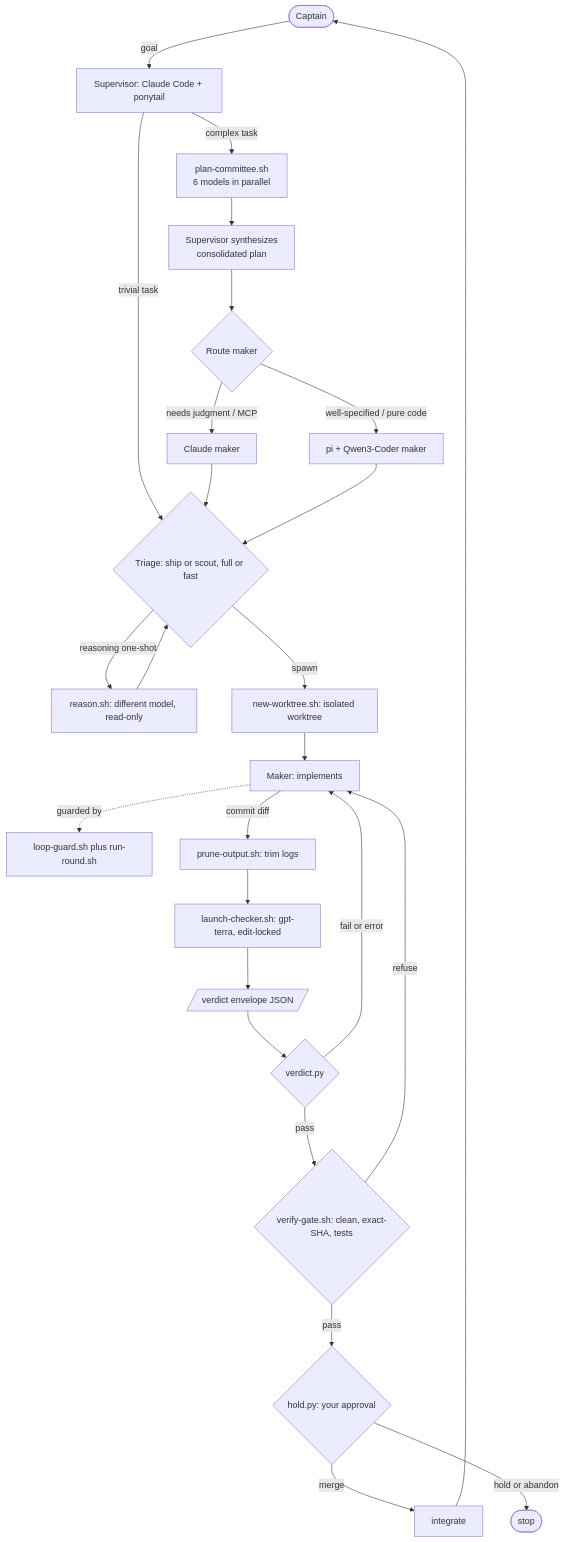
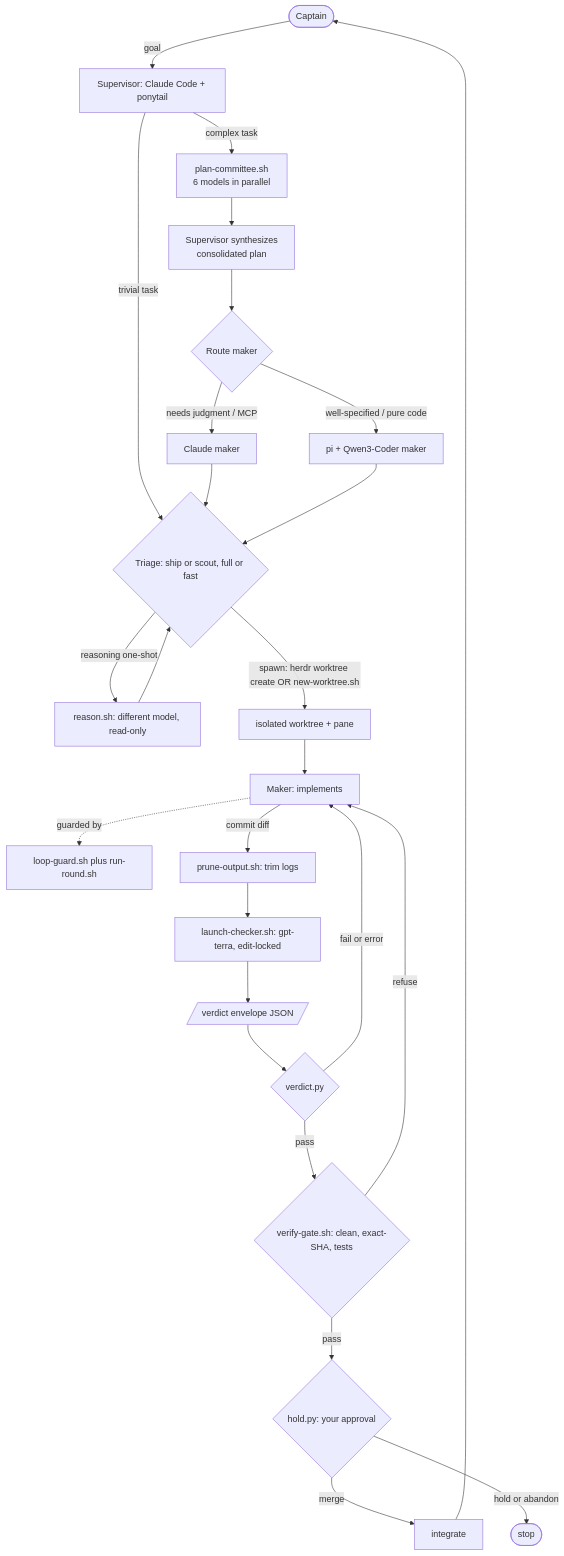
One commit to eshwarvijay/secondmate changed the diagram in docs/ARCHITECTURE.md. Above: the diagram before and after it, drawn with Mermaid. The commit also changed other lines of this file and 1 other file, not shown here.

Commit message:
docs: update README + ARCHITECTURE for herdr-native checker/maker/spawn patterns

````diff
--- a/docs/ARCHITECTURE.md
+++ b/docs/ARCHITECTURE.md
@@ -37,28 +37,28 @@
 ```mermaid
 flowchart TD
     Cap([Captain]) -->|goal| SUP[Supervisor: Claude Code + ponytail]
     SUP -->|complex task| PC[plan-committee.sh<br/>6 models in parallel]
     PC --> SYN[Supervisor synthesizes<br/>consolidated plan]
     SYN --> ROUTE{Route maker}
     ROUTE -->|needs judgment / MCP| MKC[Claude maker]
     ROUTE -->|well-specified / pure code| MKQ[pi + Qwen3-Coder maker]
     SUP -->|trivial task| TRI
     MKC --> TRI{Triage: ship or scout, full or fast}
     MKQ --> TRI
     TRI -->|reasoning one-shot| RS[reason.sh: different model, read-only]
     RS --> TRI
-    TRI -->|spawn| WT[new-worktree.sh: isolated worktree]
+    TRI -->|spawn: herdr worktree create OR new-worktree.sh| WT[isolated worktree + pane]
     WT --> MK[Maker: implements]
     MK -. guarded by .-> GD[loop-guard.sh plus run-round.sh]
     MK -->|commit diff| PR[prune-output.sh: trim logs]
     PR --> CH[launch-checker.sh: gpt-terra, edit-locked]
     CH --> EV[/verdict envelope JSON/]
     EV --> VD{verdict.py}
     VD -->|fail or error| MK
     VD -->|pass| GT{verify-gate.sh: clean, exact-SHA, tests}
     GT -->|refuse| MK
     GT -->|pass| HD{hold.py: your approval}
     HD -->|merge| INT[integrate]
     HD -->|hold or abandon| STOP([stop])
     INT --> Cap
 ```
````
